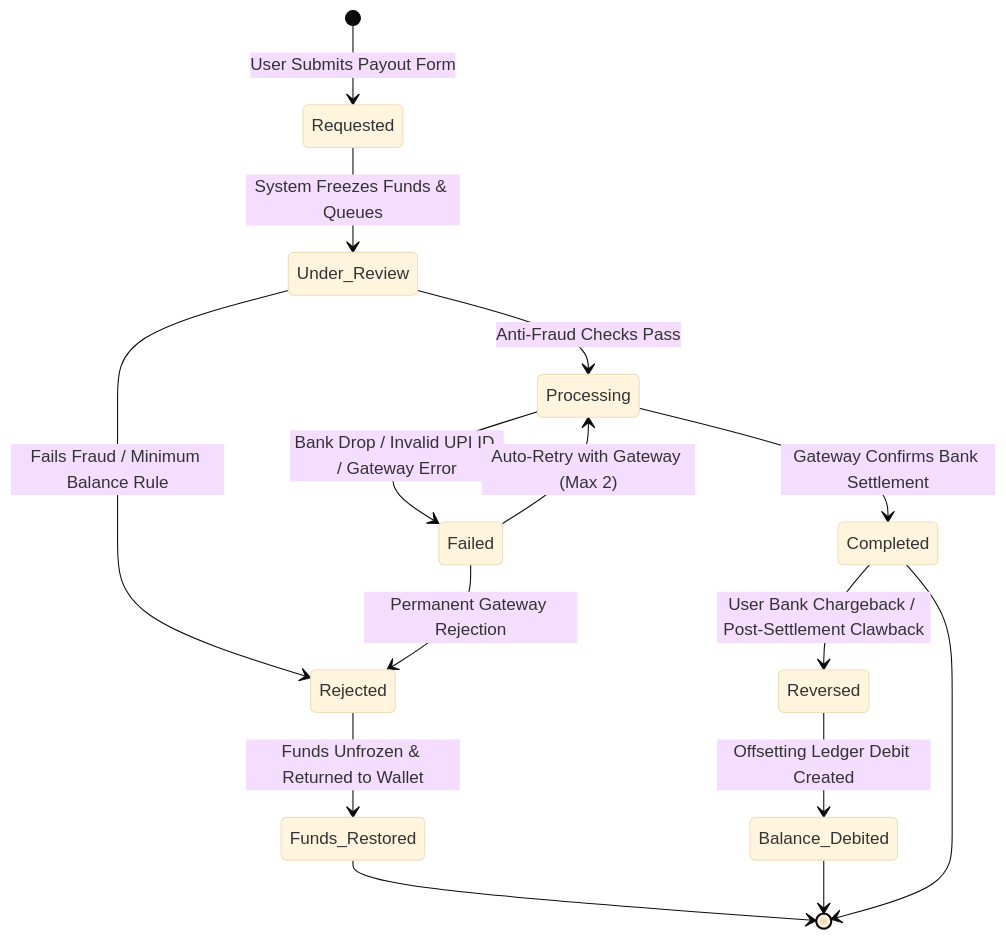
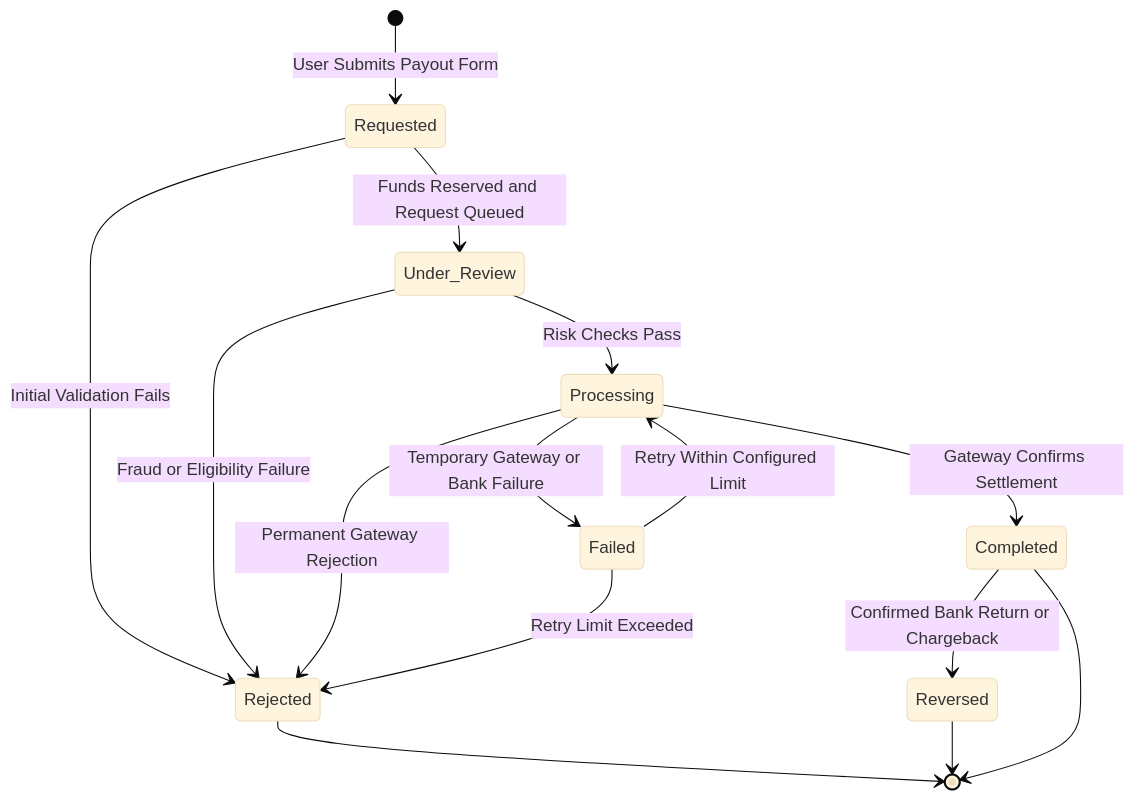
Before and after one commit to R-ABIDA/VeLoop-Rewards-Product-Analytics: the second of 2 diagrams in 04_deliverables/deliverable_06_wallet_withdrawal_spec/Wallet_Withdrawal_Specification.md, drawn with Mermaid (base theme). The commit also changed other lines of this file, not shown here.

````diff
--- a/04_deliverables/deliverable_06_wallet_withdrawal_spec/Wallet_Withdrawal_Specification.md
+++ b/04_deliverables/deliverable_06_wallet_withdrawal_spec/Wallet_Withdrawal_Specification.md
@@ -84,23 +135,23 @@
 ```mermaid
 stateDiagram-v2
     [*] --> Requested: User Submits Payout Form
-    Requested --> Under_Review: System Freezes Funds & Queues
-    
-    Under_Review --> Processing: Anti-Fraud Checks Pass
-    Under_Review --> Rejected: Fails Fraud / Minimum Balance Rule
-    
-    Processing --> Completed: Gateway Confirms Bank Settlement
-    Processing --> Failed: Bank Drop / Invalid UPI ID / Gateway Error
-    
-    Failed --> Processing: Auto-Retry with Gateway (Max 2)
-    Failed --> Rejected: Permanent Gateway Rejection
-    
-    Completed --> Reversed: User Bank Chargeback / Post-Settlement Clawback
-    
-    Rejected --> Funds_Restored: Funds Unfrozen & Returned to Wallet
-    Reversed --> Balance_Debited: Offsetting Ledger Debit Created
-    
-    Funds_Restored --> [*]
-    Balance_Debited --> [*]
+
+    Requested --> Under_Review: Funds Reserved and Request Queued
+    Requested --> Rejected: Initial Validation Fails
+
+    Under_Review --> Processing: Risk Checks Pass
+    Under_Review --> Rejected: Fraud or Eligibility Failure
+
+    Processing --> Completed: Gateway Confirms Settlement
+    Processing --> Failed: Temporary Gateway or Bank Failure
+    Processing --> Rejected: Permanent Gateway Rejection
+
+    Failed --> Processing: Retry Within Configured Limit
+    Failed --> Rejected: Retry Limit Exceeded
+
+    Completed --> Reversed: Confirmed Bank Return or Chargeback
+
+    Rejected --> [*]
+    Reversed --> [*]
     Completed --> [*]
 ```
````
